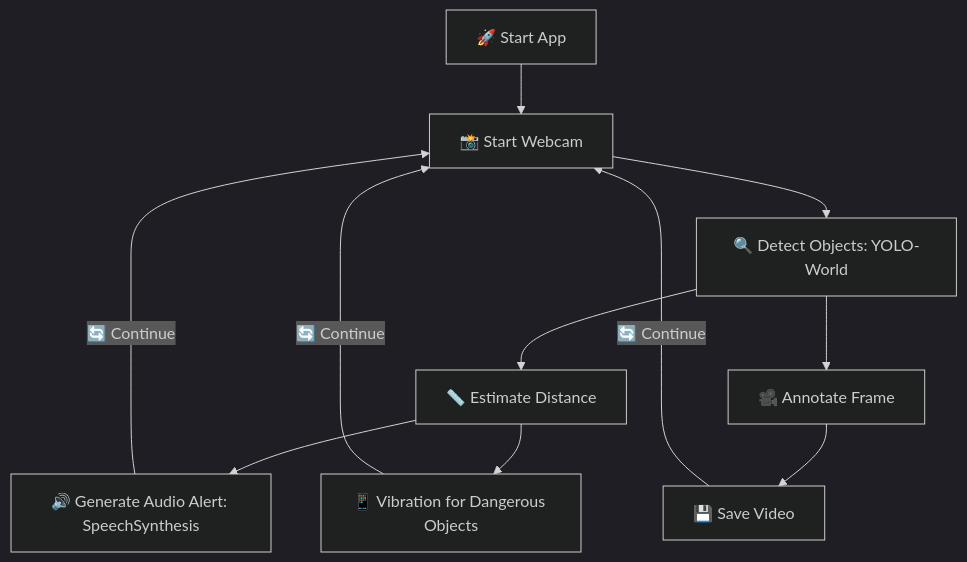
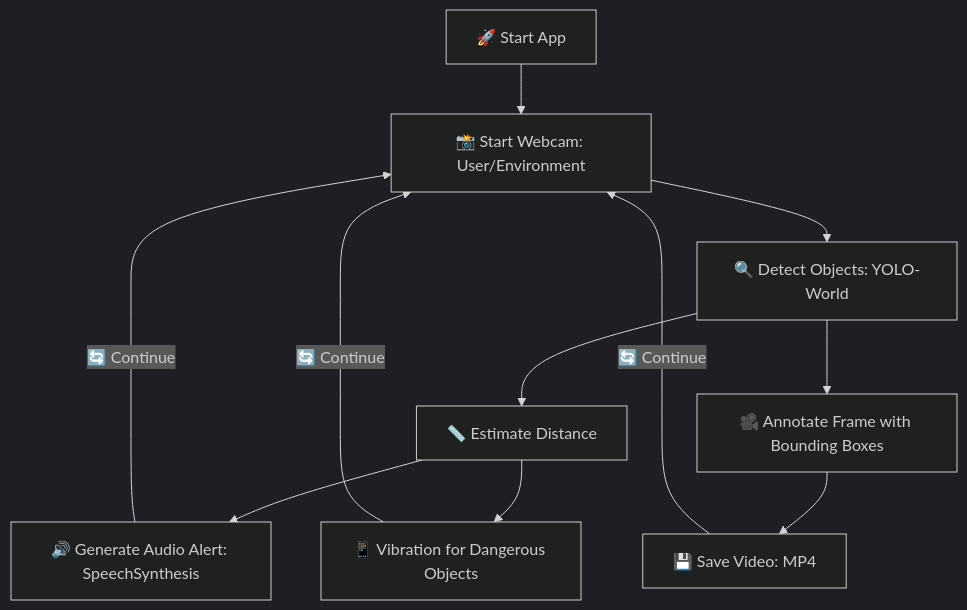
One commit to Parham-Dehghan/ai-eyes-for-the-blind changed the third of 4 diagrams in README.md. Above: the diagram before and after it, drawn with Mermaid (dark theme). The commit also changed other lines of this file, not shown here.

````diff
--- a/README.md
+++ b/README.md
@@ -131,11 +139,11 @@
 ```mermaid
 graph TD
-    A[🚀 Start App] --> B[📸 Start Webcam]
+    A[🚀 Start App] --> B[📸 Start Webcam: User/Environment]
     B --> C[🔍 Detect Objects: YOLO-World]
     C --> D[📏 Estimate Distance]
-    C --> E[🎥 Annotate Frame]
+    C --> E[🎥 Annotate Frame with Bounding Boxes]
     D --> F[🔊 Generate Audio Alert: SpeechSynthesis]
     D --> G[📱 Vibration for Dangerous Objects]
-    E --> H[💾 Save Video]
+    E --> H[💾 Save Video: MP4]
     F & G & H -->|🔄 Continue| B
 ```
````
